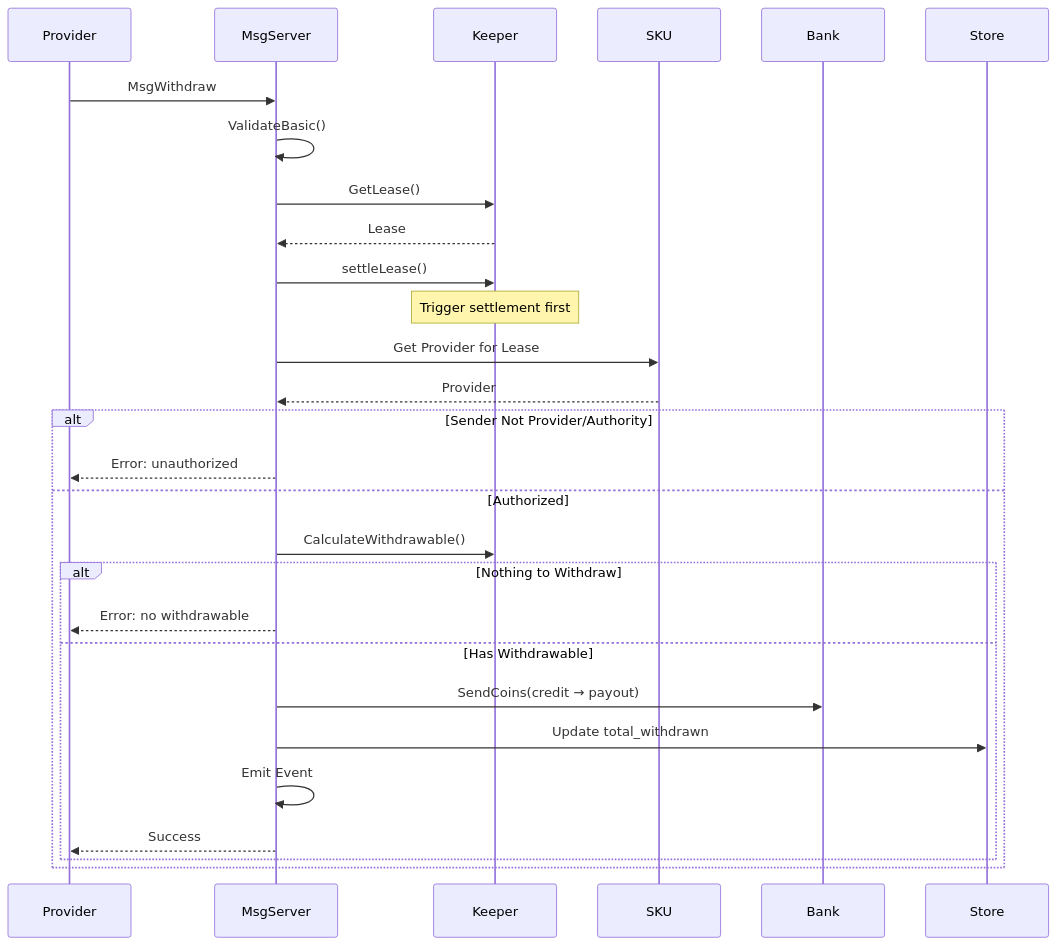
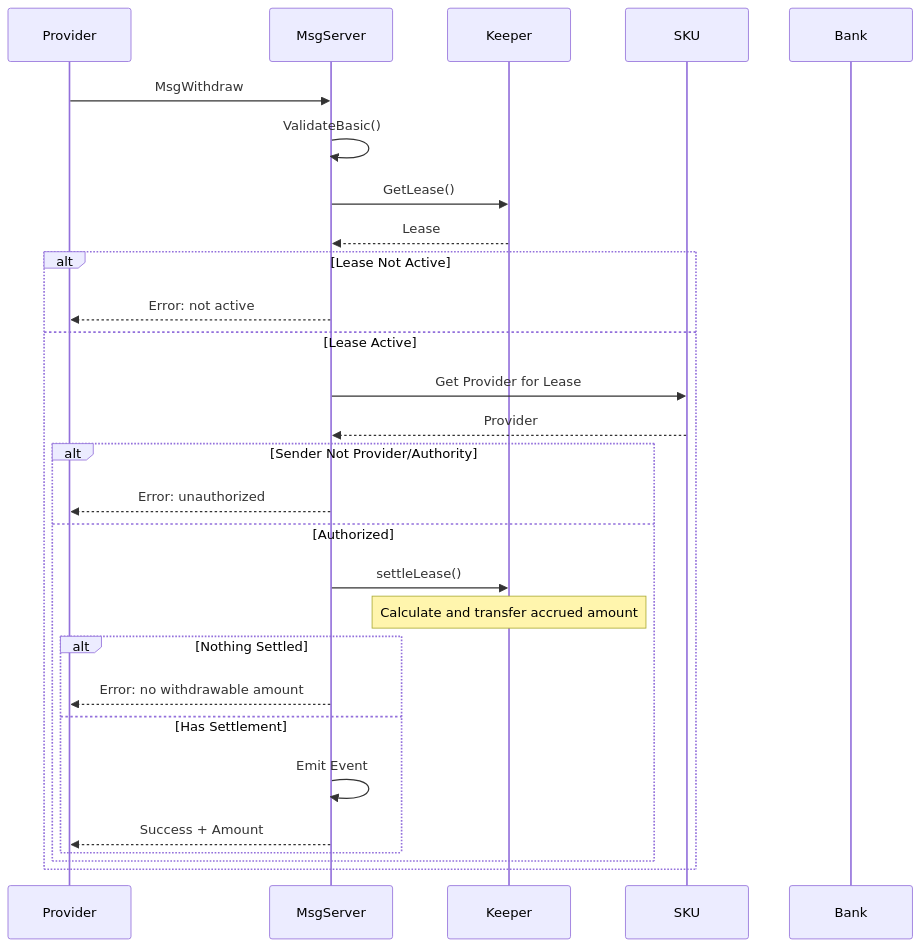
One commit to manifest-network/manifest-ledger changed the eighth of 10 diagrams in x/billing/docs/ARCHITECTURE.md. Above: the diagram before and after it, drawn with Mermaid. The commit also changed other lines of this file and 9 other files, not shown here.

````diff
--- a/x/billing/docs/ARCHITECTURE.md
+++ b/x/billing/docs/ARCHITECTURE.md
@@ -283,34 +328,34 @@
 ```mermaid
 sequenceDiagram
     participant Provider
     participant MsgServer
     participant Keeper
     participant SKU
     participant Bank
     
     Provider->>MsgServer: MsgWithdraw
     MsgServer->>MsgServer: ValidateBasic()
     MsgServer->>Keeper: GetLease()
     Keeper-->>MsgServer: Lease
     
-    MsgServer->>Keeper: settleLease()
-    Note over Keeper: Trigger settlement first
-    
-    MsgServer->>SKU: Get Provider for Lease
-    SKU-->>MsgServer: Provider
-    
-    alt Sender Not Provider/Authority
-        MsgServer-->>Provider: Error: unauthorized
-    else Authorized
-        MsgServer->>Keeper: CalculateWithdrawable()
+    alt Lease Not Active
+        MsgServer-->>Provider: Error: not active
+    else Lease Active
+        MsgServer->>SKU: Get Provider for Lease
+        SKU-->>MsgServer: Provider
         
-        alt Nothing to Withdraw
-            MsgServer-->>Provider: Error: no withdrawable
-        else Has Withdrawable
-            MsgServer->>Bank: SendCoins(credit → payout)
-            MsgServer->>Store: Update total_withdrawn
-            MsgServer->>MsgServer: Emit Event
-            MsgServer-->>Provider: Success
+        alt Sender Not Provider/Authority
+            MsgServer-->>Provider: Error: unauthorized
+        else Authorized
+            MsgServer->>Keeper: settleLease()
+            Note over Keeper: Calculate and transfer accrued amount
+            
+            alt Nothing Settled
+                MsgServer-->>Provider: Error: no withdrawable amount
+            else Has Settlement
+                MsgServer->>MsgServer: Emit Event
+                MsgServer-->>Provider: Success + Amount
+            end
         end
     end
 ```
````
